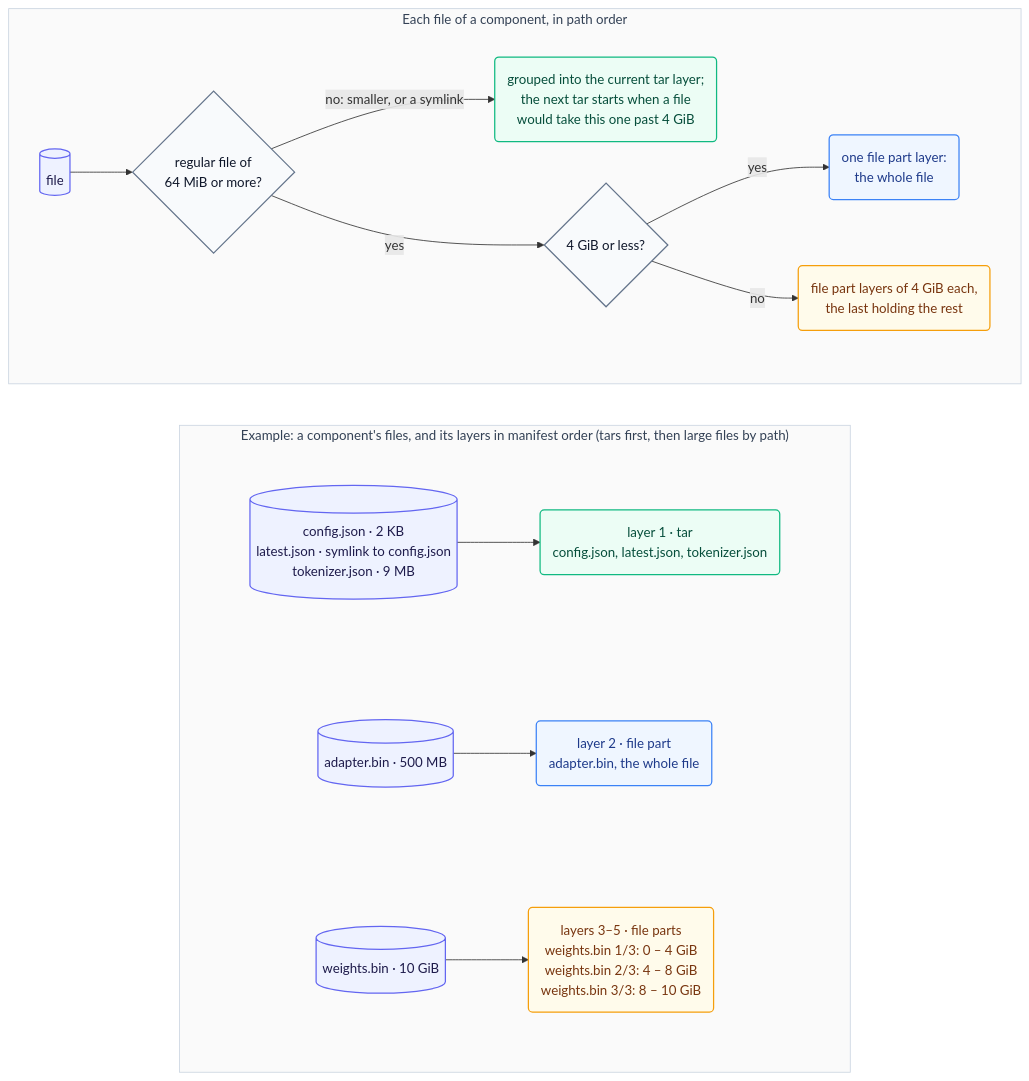
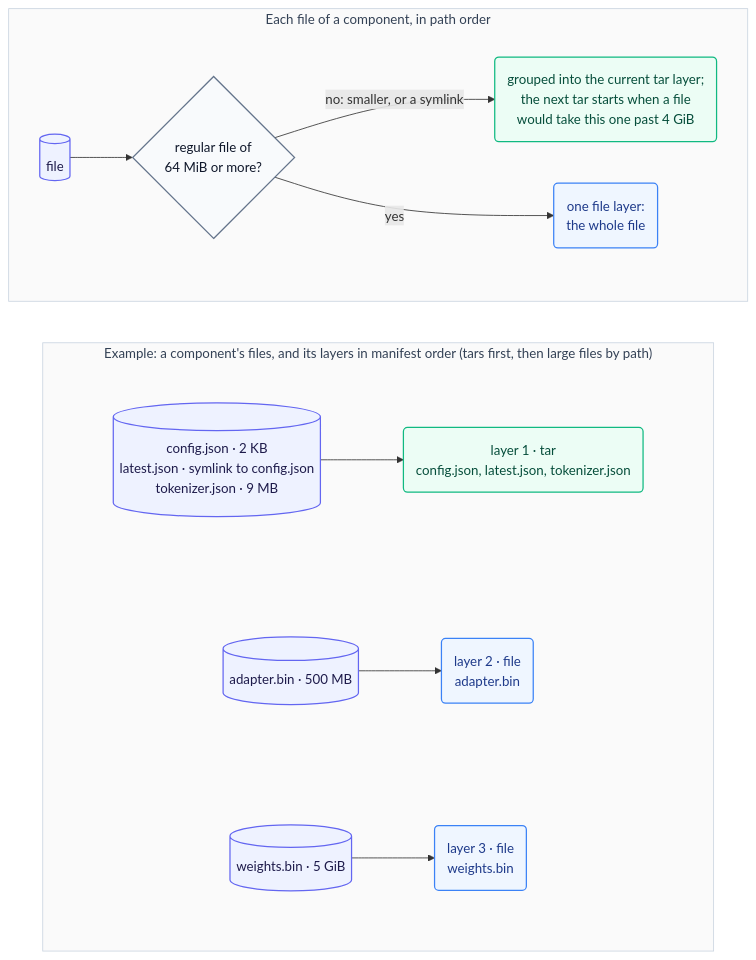
One commit to alejandro-velasco/bomify changed the diagram in docs/diagrams/component-layers.mmd. Above: the diagram before and after it, drawn with Mermaid. The commit also changed 24 other files, not shown here.

First line of the commit message:
feat(push): store each large file as one layer, never split (#122)

```diff
--- a/docs/diagrams/component-layers.mmd
+++ b/docs/diagrams/component-layers.mmd
@@ -1,54 +1,48 @@
 %%{init: {"flowchart": {"wrappingWidth": 320}}}%%
 flowchart TB
     classDef local fill:#EEF2FF,stroke:#6366F1,stroke-width:1.5px,color:#1e1b4b
     classDef decision fill:#F8FAFC,stroke:#64748B,stroke-width:1.5px,color:#0f172a
     classDef tar fill:#ECFDF5,stroke:#10B981,stroke-width:1.5px,color:#064e3b
     classDef whole fill:#EFF6FF,stroke:#3B82F6,stroke-width:1.5px,color:#1e3a8a
-    classDef part fill:#FFFBEB,stroke:#F59E0B,stroke-width:1.5px,color:#78350f
 
     subgraph Rule["Each file of a component, in path order"]
         direction LR
         File[("file")]
         Large{"regular file of<br/>64 MiB or more?"}
-        Fits{"4 GiB or less?"}
         Grouped("grouped into the current tar layer;<br/>the next tar starts when a file<br/>would take this one past 4 GiB")
-        Whole("one file part layer:<br/>the whole file")
-        Parts("file part layers of 4 GiB each,<br/>the last holding the rest")
+        Whole("one file layer:<br/>the whole file")
 
         File --> Large
         Large -- "no: smaller, or a symlink" --> Grouped
-        Large -- yes --> Fits
-        Fits -- yes --> Whole
-        Fits -- no --> Parts
+        Large -- yes --> Whole
     end
 
     subgraph Example["Example: a component's files, and its layers in manifest order (tars first, then large files by path)"]
         direction TB
         subgraph Row1[" "]
             direction LR
             R1File[("config.json · 2 KB<br/>latest.json · symlink to config.json<br/>tokenizer.json · 9 MB")] --> R1Layer("layer 1 · tar<br/>config.json, latest.json, tokenizer.json")
         end
         subgraph Row2[" "]
             direction LR
-            R2File[("adapter.bin · 500 MB")] --> R2Layer("layer 2 · file part<br/>adapter.bin, the whole file")
+            R2File[("adapter.bin · 500 MB")] --> R2Layer("layer 2 · file<br/>adapter.bin")
         end
         subgraph Row3[" "]
             direction LR
-            R3File[("weights.bin · 10 GiB")] --> R3Layer("layers 3–5 · file parts<br/>weights.bin 1/3: 0 – 4 GiB<br/>weights.bin 2/3: 4 – 8 GiB<br/>weights.bin 3/3: 8 – 10 GiB")
+            R3File[("weights.bin · 5 GiB")] --> R3Layer("layer 3 · file<br/>weights.bin")
         end
         Row1 ~~~ Row2 ~~~ Row3
     end
 
 
     Rule ~~~ Example
 
     class File,R1File,R2File,R3File local
-    class Large,Fits decision
+    class Large decision
     class Grouped,R1Layer tar
-    class Whole,R2Layer whole
-    class Parts,R3Layer part
+    class Whole,R2Layer,R3Layer whole
     style Rule fill:#FAFAFA,stroke:#CBD5E1,stroke-width:1px,color:#334155
     style Example fill:#FAFAFA,stroke:#CBD5E1,stroke-width:1px,color:#334155
     style Row1 fill:none,stroke:none
     style Row2 fill:none,stroke:none
     style Row3 fill:none,stroke:none
```
